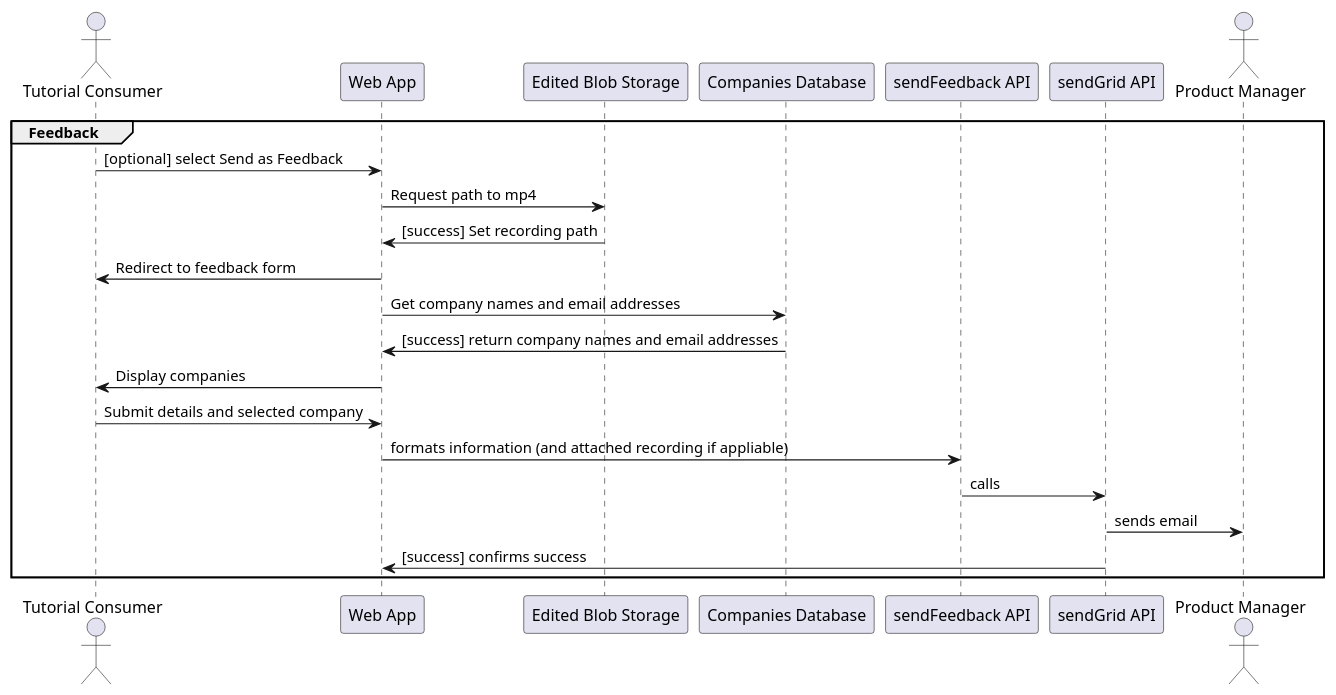
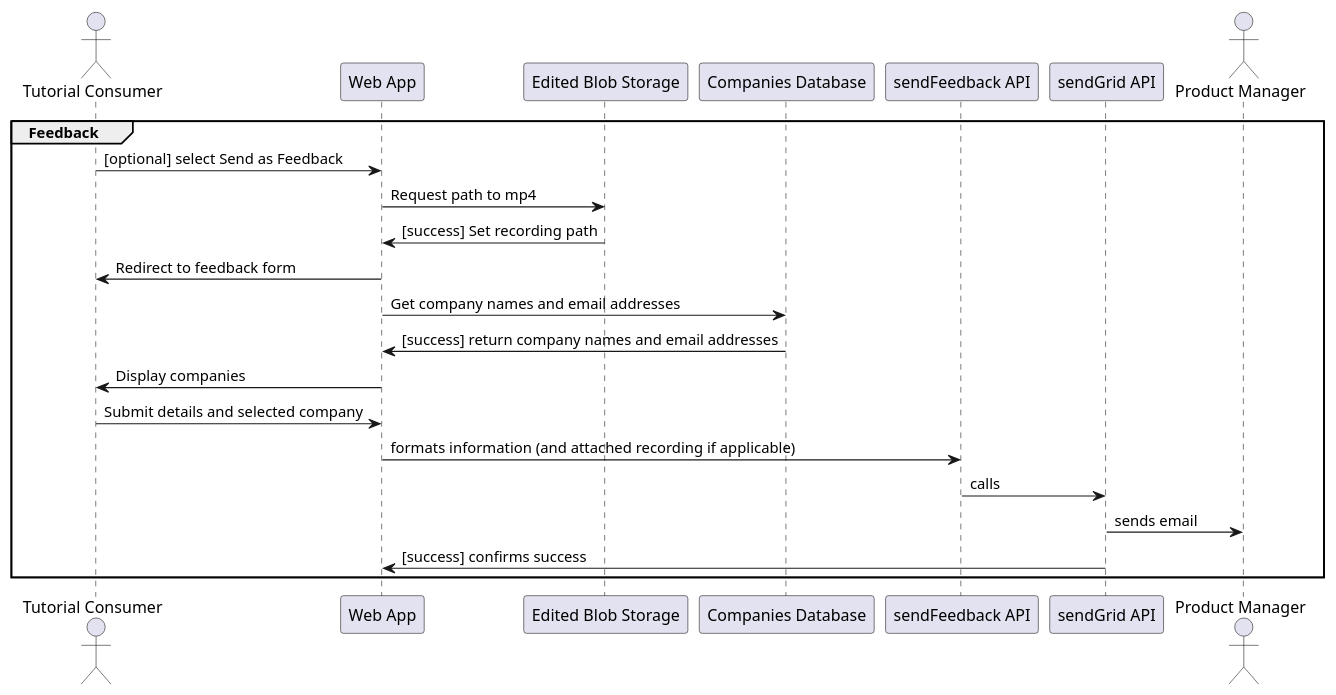
The diagram in examples/feedback.puml (jennifer-platt/ECM2429-UML), drawn with PlantUML before and after one commit. The commit also changed 2 other files, not shown here.

```diff
--- a/examples/feedback.puml
+++ b/examples/feedback.puml
@@ -1,21 +1,21 @@
 @startuml system-flow_enter-test-result-code
 
 Actor "Tutorial Consumer"
 
 group Feedback
 "Tutorial Consumer" -> "Web App": [optional] select Send as Feedback
 "Web App" -> "Edited Blob Storage": Request path to mp4
 "Web App" <- "Edited Blob Storage": [success] Set recording path
 "Tutorial Consumer" <- "Web App": Redirect to feedback form
 "Web App" -> "Companies Database": Get company names and email addresses
 "Web App" <- "Companies Database": [success] return company names and email addresses
 "Tutorial Consumer" <- "Web App": Display companies
 "Tutorial Consumer" -> "Web App": Submit details and selected company
-"Web App" -> "sendFeedback API": formats information (and attached recording if appliable)
+"Web App" -> "sendFeedback API": formats information (and attached recording if applicable)
 "sendFeedback API" ->  "sendGrid API": calls
 Actor "Product Manager"
 "sendGrid API" -> "Product Manager": sends email
 "sendGrid API" -> "Web App": [success] confirms success
 end
 
 @enduml
```
